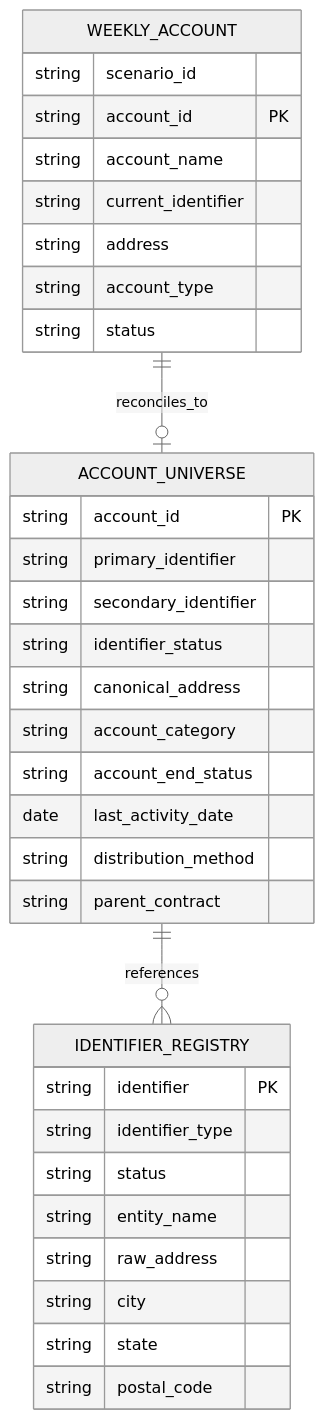
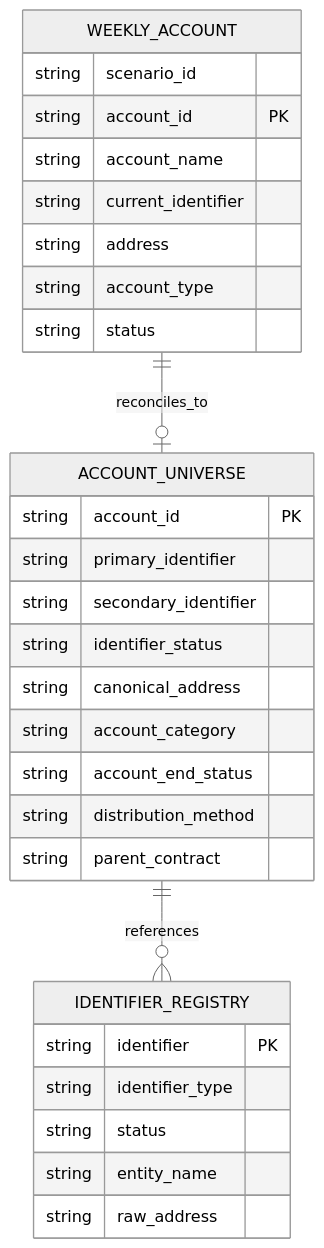
One commit to cjr3195/databricks-data-reconciliation-pipeline changed the fourth of 11 diagrams in README.md. Above: the diagram before and after it, drawn with Mermaid (neutral theme). The commit also changed other lines of this file, not shown here.

````diff
--- a/README.md
+++ b/README.md
@@ -75,39 +131,35 @@
 ```mermaid
 erDiagram
     WEEKLY_ACCOUNT {
         string scenario_id
         string account_id PK
         string account_name
         string current_identifier
         string address
         string account_type
         string status
     }
 
     ACCOUNT_UNIVERSE {
         string account_id PK
         string primary_identifier
         string secondary_identifier
         string identifier_status
         string canonical_address
         string account_category
         string account_end_status
-        date last_activity_date
         string distribution_method
         string parent_contract
     }
 
     IDENTIFIER_REGISTRY {
         string identifier PK
         string identifier_type
         string status
         string entity_name
         string raw_address
-        string city
-        string state
-        string postal_code
     }
 
     WEEKLY_ACCOUNT ||--o| ACCOUNT_UNIVERSE : reconciles_to
     ACCOUNT_UNIVERSE ||--o{ IDENTIFIER_REGISTRY : references
 ```
````
